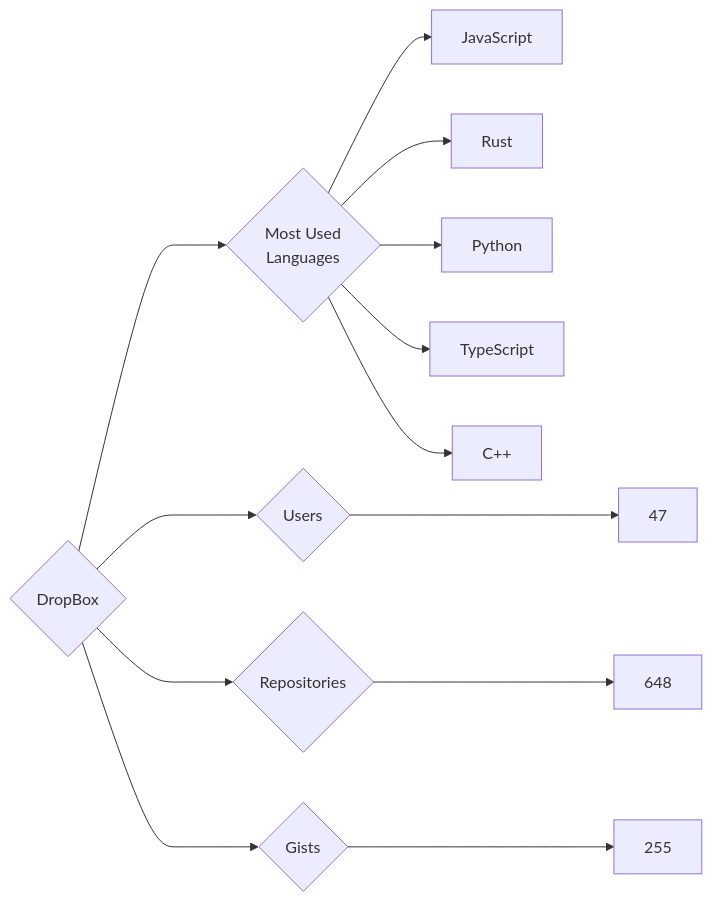
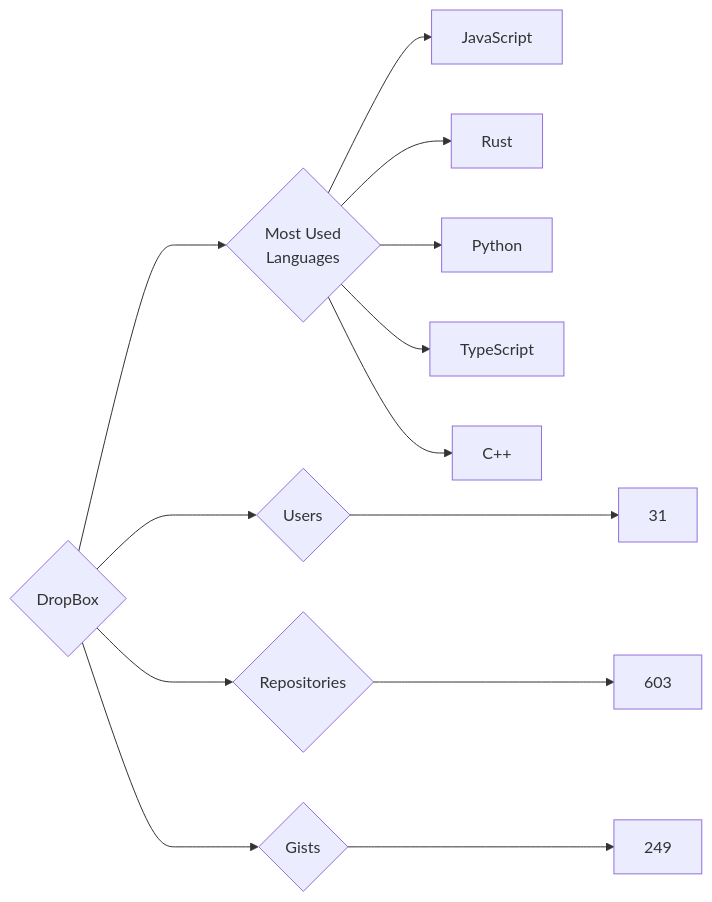
The diagram in targets/DropBox/README.md (trickest/insiders), drawn with Mermaid before and after one commit. The commit also changed 688 other files, not shown here.

````diff
--- a/targets/DropBox/README.md
+++ b/targets/DropBox/README.md
@@ -3,13 +3,13 @@
 ```mermaid
 graph LR
 COMPANY_NAME{DropBox}
-COMPANY_NAME ---> U{Users} ---> UN[47]
-COMPANY_NAME ---> R{Repositories} ---> RN[648]
-COMPANY_NAME ---> G{Gists} ---> GN[255]
+COMPANY_NAME ---> U{Users} ---> UN[31]
+COMPANY_NAME ---> R{Repositories} ---> RN[603]
+COMPANY_NAME ---> G{Gists} ---> GN[249]
 COMPANY_NAME ---> ML{Most Used<br>Languages}
 ML --> JavaScript[JavaScript]
 ML --> Rust[Rust]
 ML --> Python[Python]
 ML --> TypeScript[TypeScript]
 ML --> C++[C++]
 ```
````
